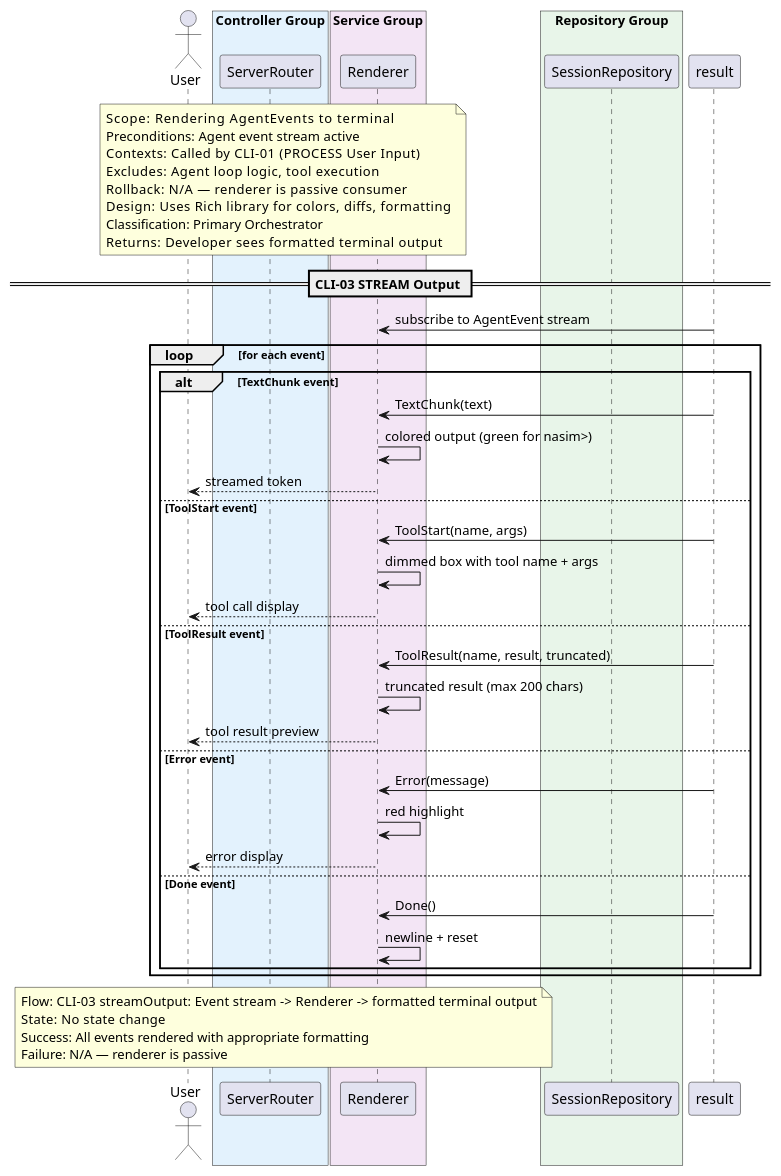
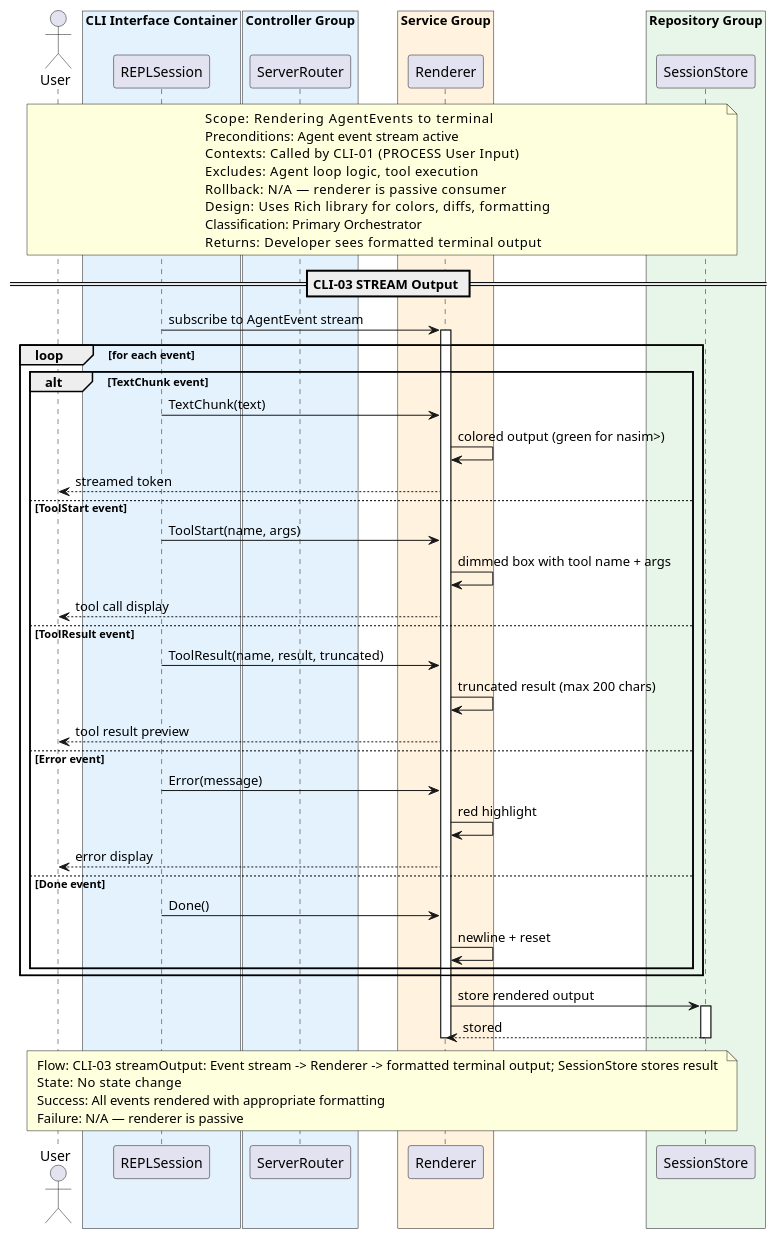
One commit to salimnamvar/nasim changed the diagram in docs/SQ/CLI/sq_cli03_stream_output.puml. Above: the diagram before and after it, drawn with PlantUML. The commit also changed 193 other files, not shown here.

First line of the commit message:
docs: Add role prompts and documentation for architectural refinement

```diff
--- a/docs/SQ/CLI/sq_cli03_stream_output.puml
+++ b/docs/SQ/CLI/sq_cli03_stream_output.puml
@@ -1,69 +1,79 @@
 @startuml sq_cli03_stream_output
 ' ============================================================
 ' Title:     CLI-03 — Stream Output
 ' Boundary:  nasim code agent CLI
 ' Purpose:   Streaming token-by-token output with rich formatting
 ' Milestone: v1.0
 ' Version:   9.1.0
 ' Source:    CAR refinement loop — API-First transformation
 ' Review:    —
 ' ============================================================
 
 actor "User" as user
 
+box "CLI Interface Container" #E3F2FD
+  participant "REPLSession" as repl
+end box
 box "Controller Group" #E3F2FD
   participant "ServerRouter" as router
 end box
-box "Service Group" #F3E5F5
+box "Service Group" #FFF3E0
   participant "Renderer" as renderer
 end box
 box "Repository Group" #E8F5E9
-  participant "SessionRepository" as session_repo
+  participant "SessionStore" as store
 end box
 
-note over user, renderer
+note over user, store
   Scope:          Rendering AgentEvents to terminal
   Preconditions:  Agent event stream active
   Contexts:       Called by CLI-01 (PROCESS User Input)
   Excludes:       Agent loop logic, tool execution
   Rollback:       N/A — renderer is passive consumer
   Design:         Uses Rich library for colors, diffs, formatting
   Classification: Primary Orchestrator
   Returns:        Developer sees formatted terminal output
 end note
 
 == CLI-03 STREAM Output ==
 
-result -> renderer : subscribe to AgentEvent stream
+repl -> renderer : subscribe to AgentEvent stream
+activate renderer
 
 loop for each event
     alt TextChunk event
-        result -> renderer : TextChunk(text)
+        repl -> renderer : TextChunk(text)
         renderer -> renderer : colored output (green for nasim>)
         renderer --> user : streamed token
     else ToolStart event
-        result -> renderer : ToolStart(name, args)
+        repl -> renderer : ToolStart(name, args)
         renderer -> renderer : dimmed box with tool name + args
         renderer --> user : tool call display
     else ToolResult event
-        result -> renderer : ToolResult(name, result, truncated)
+        repl -> renderer : ToolResult(name, result, truncated)
         renderer -> renderer : truncated result (max 200 chars)
         renderer --> user : tool result preview
     else Error event
-        result -> renderer : Error(message)
+        repl -> renderer : Error(message)
         renderer -> renderer : red highlight
         renderer --> user : error display
     else Done event
-        result -> renderer : Done()
+        repl -> renderer : Done()
         renderer -> renderer : newline + reset
     end
 end
 
-note over user, renderer
-  Flow:    CLI-03 streamOutput: Event stream -> Renderer -> formatted terminal output
+renderer -> store : store rendered output
+activate store
+store --> renderer : stored
+deactivate store
+
+deactivate renderer
+note over user, store
+  Flow:    CLI-03 streamOutput: Event stream -> Renderer -> formatted terminal output; SessionStore stores result
   State:   No state change
   Success: All events rendered with appropriate formatting
   Failure: N/A — renderer is passive
 end note
 
 @enduml
```
